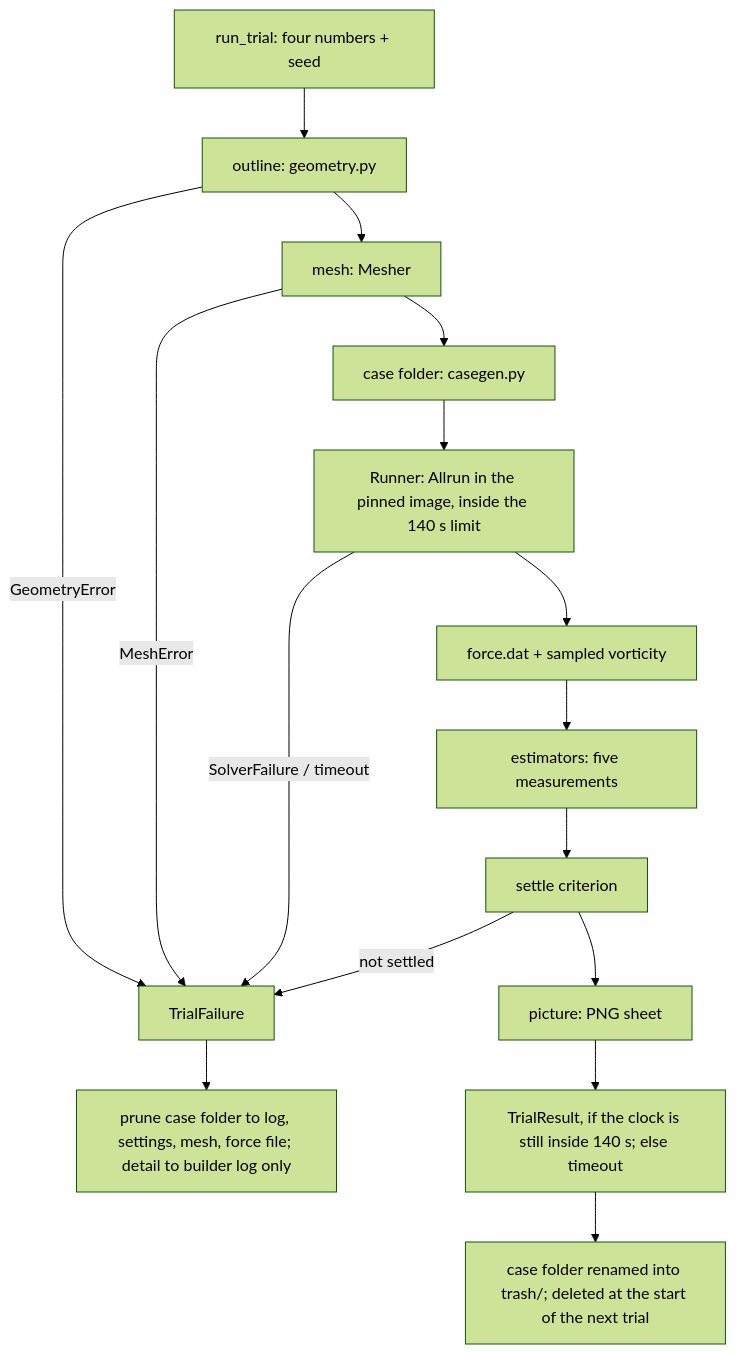
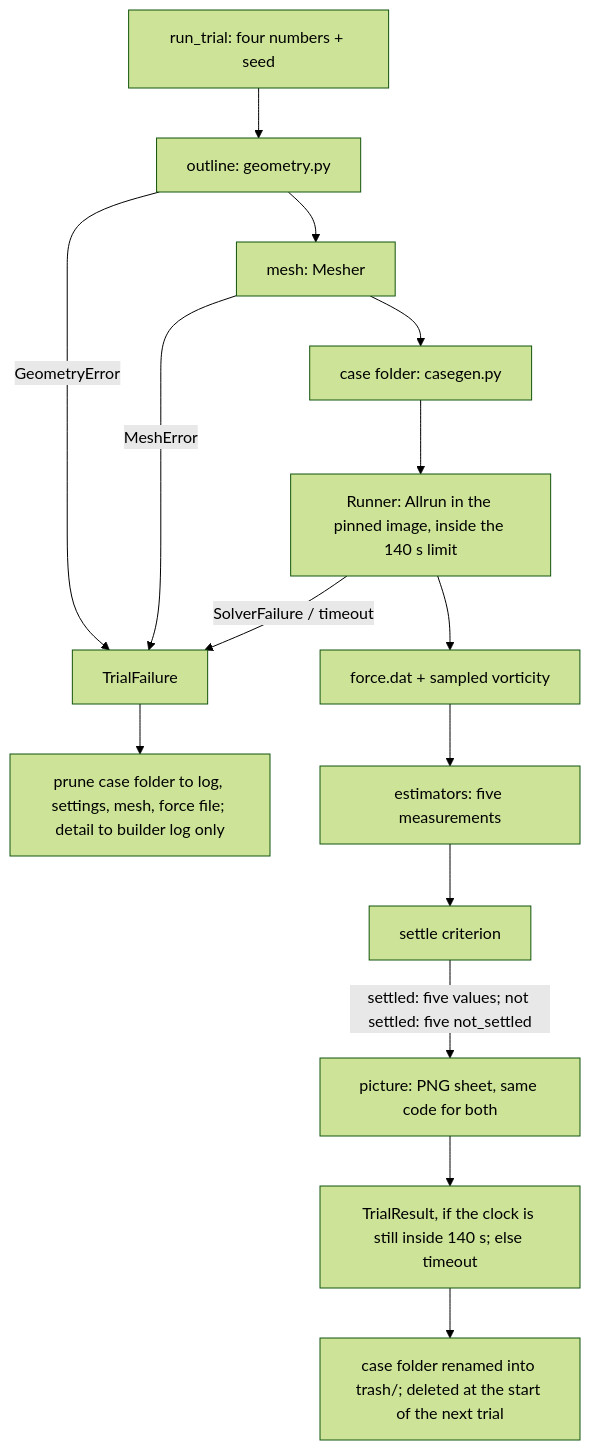
Before and after one commit to marcosanyo/dr-kiro-lab-notebook: the diagram in .kiro/specs/wind-tunnel/design.md, drawn with Mermaid (forest theme). The commit also changed other lines of this file and 3 other files, not shown here.

Commit message:
wind-tunnel: spec, README and status text for the not_settled result (Decision 37)

````diff
--- a/.kiro/specs/wind-tunnel/design.md
+++ b/.kiro/specs/wind-tunnel/design.md
@@ -85,18 +85,17 @@
 ```mermaid
 flowchart TD
     A[run_trial: four numbers + seed] --> B[outline: geometry.py]
     B -->|GeometryError| F[TrialFailure]
     B --> C[mesh: Mesher]
     C -->|MeshError| F
     C --> D[case folder: casegen.py]
     D --> E[Runner: Allrun in the pinned image, inside the 140 s limit]
     E -->|SolverFailure / timeout| F
     E --> G[force.dat + sampled vorticity]
     G --> H[estimators: five measurements]
     H --> I[settle criterion]
-    I -->|not settled| F
-    I --> J[picture: PNG sheet]
+    I -->|settled: five values; not settled: five not_settled| J[picture: PNG sheet, same code for both]
     J --> K[TrialResult, if the clock is still inside 140 s; else timeout]
     F --> L[prune case folder to log, settings, mesh, force file; detail to builder log only]
     K --> M[case folder renamed into trash/; deleted at the start of the next trial]
 ```
````
